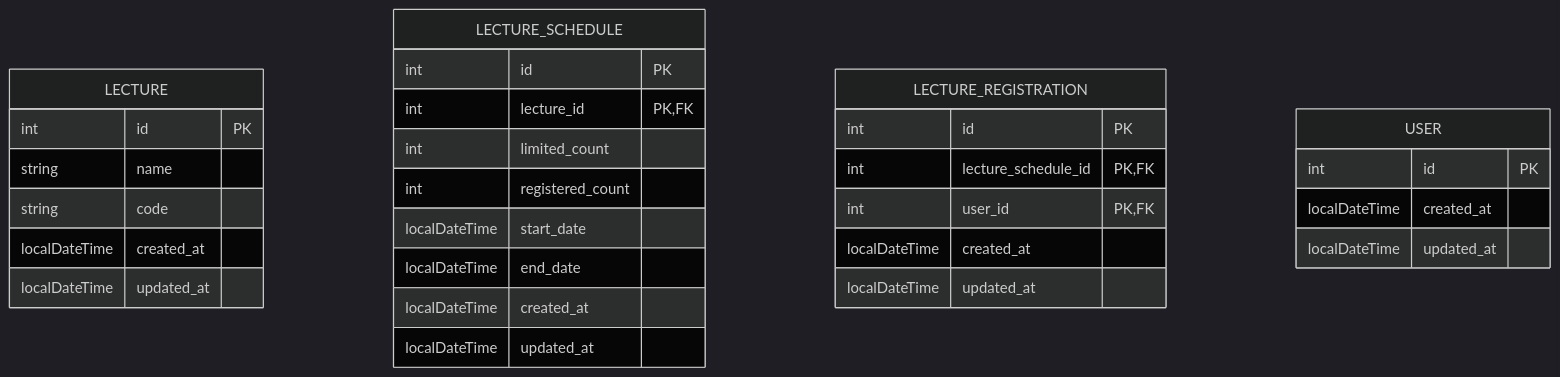
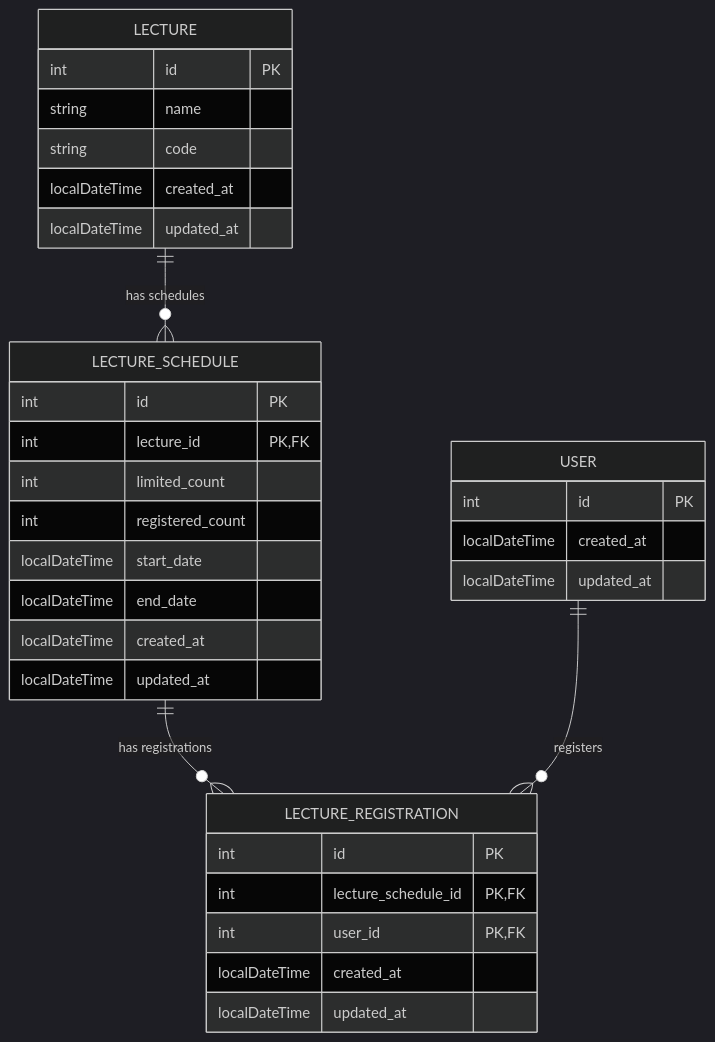
Before and after one commit to jikimee64/hhplus-lectures-java: the diagram in README.md, drawn with Mermaid (dark theme). The commit also changed 18 other files, not shown here.

````diff
--- a/README.md
+++ b/README.md
@@ -18,35 +18,39 @@
 ```mermaid
 erDiagram
     LECTURE {
         int id PK
         string name
         string code
         localDateTime created_at
         localDateTime updated_at
     }
 
-    LECTURE_SCHEDULE{
+    LECTURE_SCHEDULE {
         int id PK
-        int lecture_id PK,FK
+        int lecture_id PK, FK
         int limited_count
         int registered_count
         localDateTime start_date
         localDateTime end_date
         localDateTime created_at
         localDateTime updated_at
     }
 
     LECTURE_REGISTRATION {
         int id PK
-        int lecture_schedule_id PK,FK
-        int user_id PK,FK
+        int lecture_schedule_id PK, FK
+        int user_id PK, FK
         localDateTime created_at
         localDateTime updated_at
     }
 
     USER {
         int id PK
         localDateTime created_at
         localDateTime updated_at
     }
+
+    LECTURE ||--o{ LECTURE_SCHEDULE: "has schedules"
+    LECTURE_SCHEDULE ||--o{ LECTURE_REGISTRATION: "has registrations"
+    USER ||--o{ LECTURE_REGISTRATION: "registers"
 ```
````
